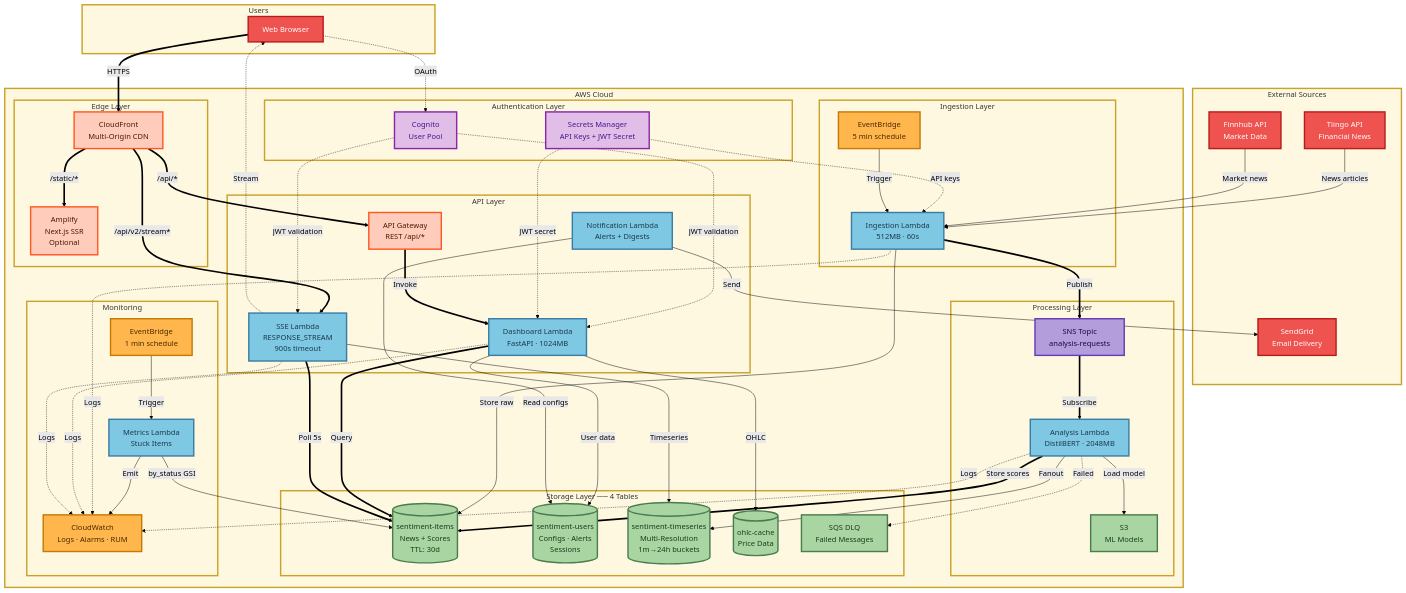
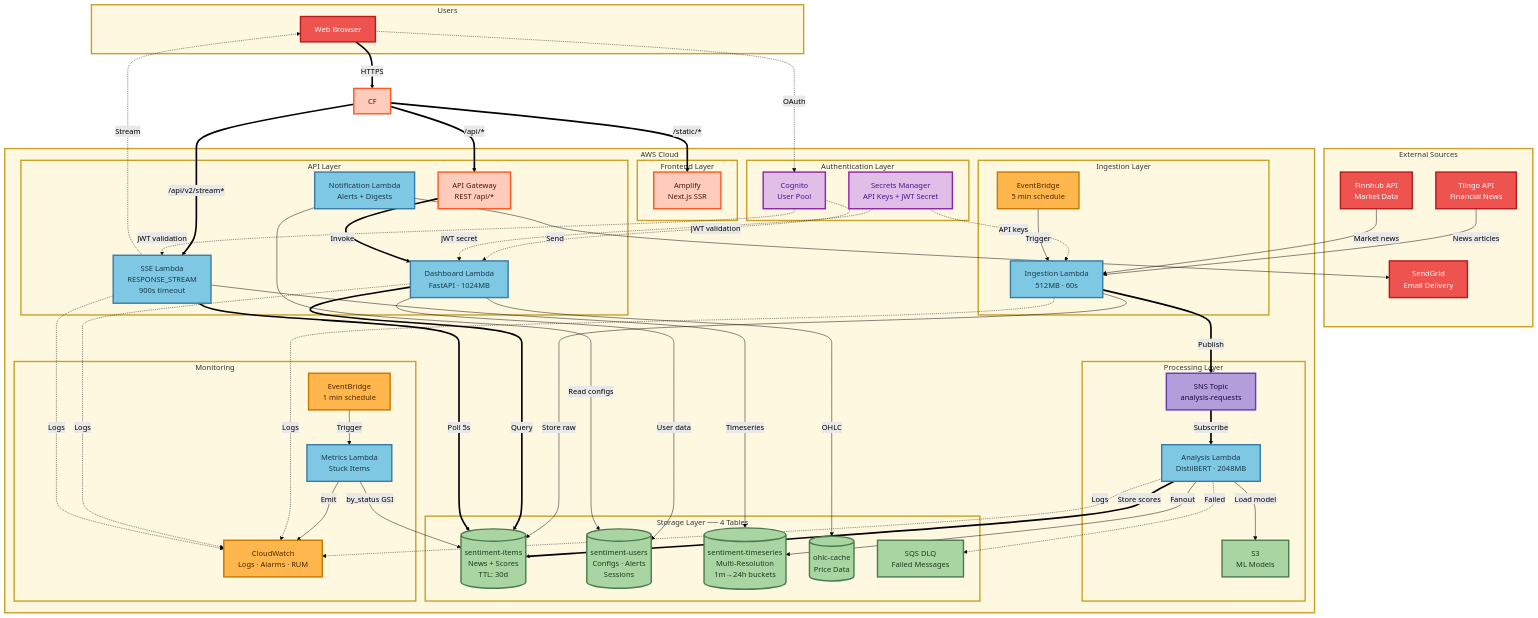
Before and after one commit to traylorre/sentiment-analyzer-gsk: the second of 5 diagrams in README.md, drawn with Mermaid (forest theme). The commit also changed other lines of this file and 18 other files, not shown here.

First line of the commit message:
docs(1209): Remove CloudFront references from documentation

```diff
--- a/README.md
+++ b/README.md
@@ -205,9 +205,8 @@
             Secrets[Secrets Manager<br/>API Keys + JWT Secret]
         end
 
-        subgraph EdgeLayer["Edge Layer"]
-            CF[CloudFront<br/>Multi-Origin CDN]
-            Amplify[Amplify<br/>Next.js SSR<br/>Optional]
+        subgraph EdgeLayer["Frontend Layer"]
+            Amplify[Amplify<br/>Next.js SSR]
         end
 
         subgraph IngestionLayer["Ingestion Layer"]
```
